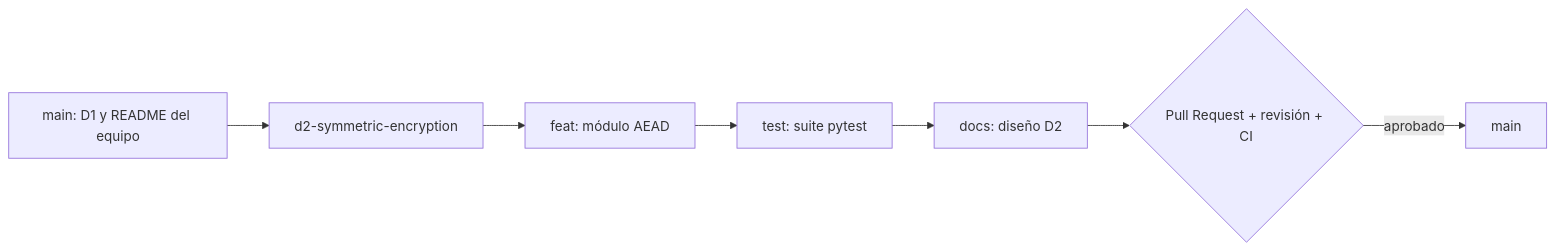
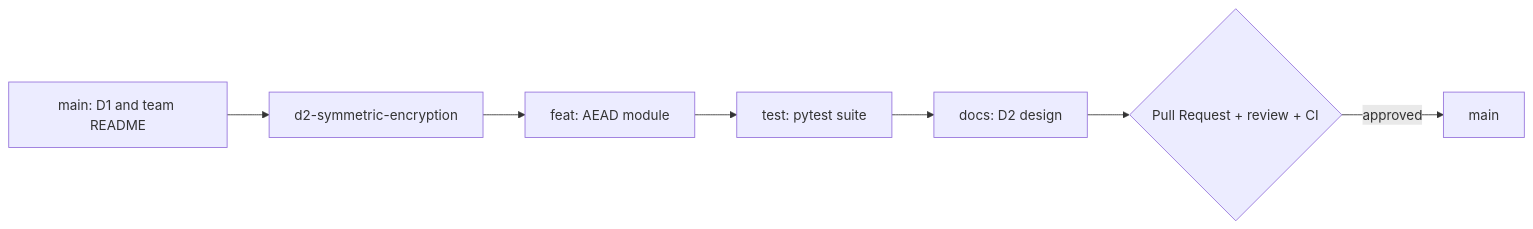
The third of 3 diagrams in D2-Symmetric-Encryption/docs/design_d2.md (YCH14/Cryptography), drawn with Mermaid before and after one commit. The commit also changed other lines of this file, not shown here.

````diff
--- a/D2-Symmetric-Encryption/docs/design_d2.md
+++ b/D2-Symmetric-Encryption/docs/design_d2.md
@@ -314,9 +315,9 @@
 ```mermaid
 flowchart LR
-    M1["main: D1 y README del equipo"] --> B["d2-symmetric-encryption"]
-    B --> C1["feat: módulo AEAD"]
-    C1 --> C2["test: suite pytest"]
-    C2 --> C3["docs: diseño D2"]
-    C3 --> PR{"Pull Request + revisión + CI"}
-    PR -->|aprobado| M2["main"]
+    M1["main: D1 and team README"] --> B["d2-symmetric-encryption"]
+    B --> C1["feat: AEAD module"]
+    C1 --> C2["test: pytest suite"]
+    C2 --> C3["docs: D2 design"]
+    C3 --> PR{"Pull Request + review + CI"}
+    PR -->|approved| M2["main"]
 ```
````
